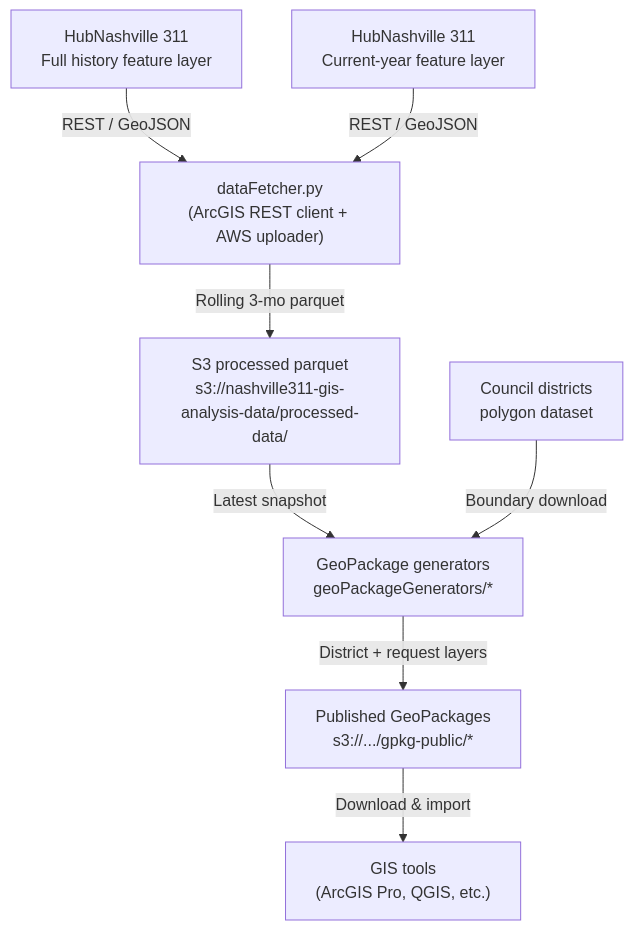
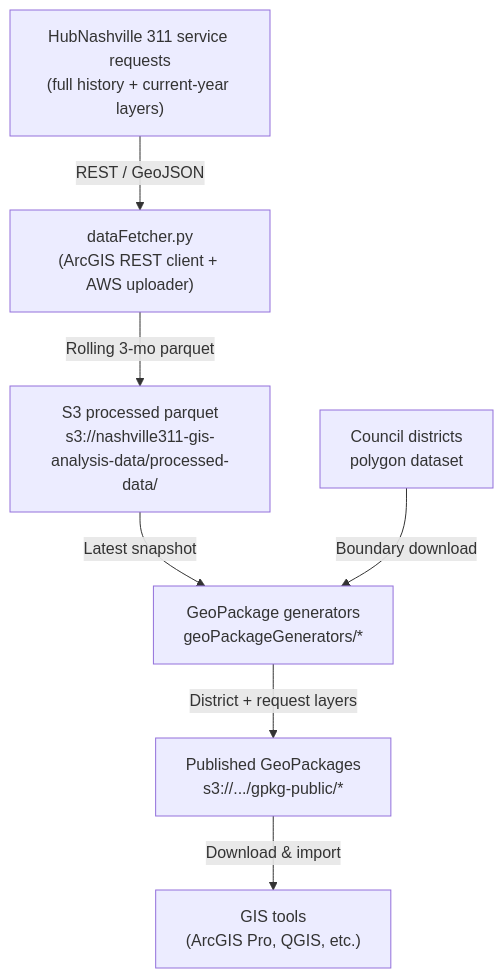
One commit to r0han01/nashville311ArcGisPipeline changed the diagram in README.md. Above: the diagram before and after it, drawn with Mermaid.

Commit message:
Combine service-layer node

````diff
--- a/README.md
+++ b/README.md
@@ -7,20 +7,18 @@
 ```mermaid
 graph TD
-    A1["HubNashville 311<br/>Full history feature layer"]
-    A2["HubNashville 311<br/>Current-year feature layer"]
+    A1["HubNashville 311 service requests<br/>(full history + current-year layers)"]
     A3["Council districts<br/>polygon dataset"]
 
     B1["dataFetcher.py<br/>(ArcGIS REST client + AWS uploader)"]
     B2["S3 processed parquet<br/>s3://nashville311-gis-analysis-data/processed-data/"]
     B3["GeoPackage generators<br/>geoPackageGenerators/*"]
     C1["Published GeoPackages<br/>s3://.../gpkg-public/*"]
     C2["GIS tools<br/>(ArcGIS Pro, QGIS, etc.)"]
 
     A1 -->|"REST / GeoJSON"| B1
-    A2 -->|"REST / GeoJSON"| B1
     B1 -->|"Rolling 3-mo parquet"| B2
     B2 -->|"Latest snapshot"| B3
     A3 -->|"Boundary download"| B3
     B3 -->|"District + request layers"| C1
     C1 -->|"Download & import"| C2
 ```
````
